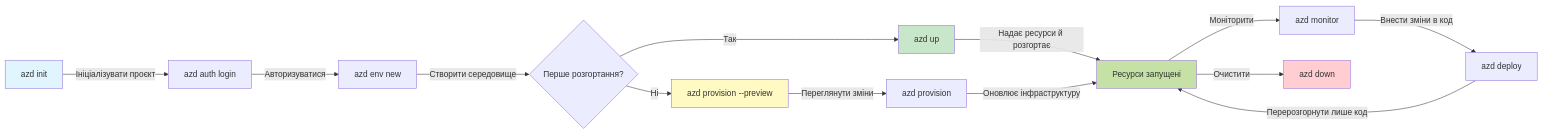
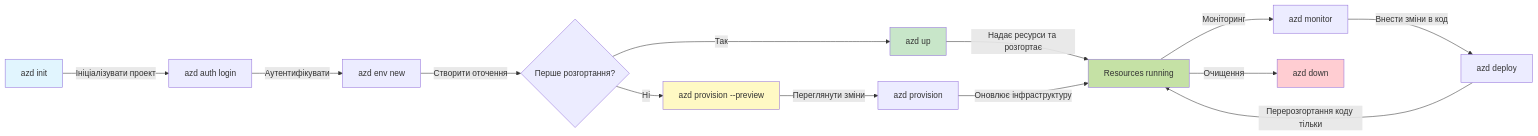
One commit to microsoft/AZD-for-beginners changed the first of 2 diagrams in translations/uk/docs/chapter-01-foundation/azd-basics.md. Above: the diagram before and after it, drawn with Mermaid. The commit also changed other lines of this file and 101 other files, not shown here.

````diff
--- a/translations/uk/docs/chapter-01-foundation/azd-basics.md
+++ b/translations/uk/docs/chapter-01-foundation/azd-basics.md
@@ -254,21 +269,21 @@
 ```mermaid
 graph LR
-    A[azd init] -->|Ініціалізувати проєкт| B[azd auth login]
-    B -->|Авторизуватися| C[azd env new]
-    C -->|Створити середовище| D{Перше розгортання?}
+    A[azd init] -->|Ініціалізувати проект| B[azd auth login]
+    B -->|Аутентифікувати| C[azd env new]
+    C -->|Створити оточення| D{Перше розгортання?}
     D -->|Так| E[azd up]
     D -->|Ні| F[azd provision --preview]
     F -->|Переглянути зміни| G[azd provision]
-    E -->|Надає ресурси й розгортає| H[Ресурси запущені]
+    E -->|Надає ресурси та розгортає| H[Resources running]
     G -->|Оновлює інфраструктуру| H
-    H -->|Моніторити| I[azd monitor]
+    H -->|Моніторинг| I[azd monitor]
     I -->|Внести зміни в код| J[azd deploy]
-    J -->|Перерозгорнути лише код| H
-    H -->|Очистити| K[azd down]
+    J -->|Перерозгортання коду тільки| H
+    H -->|Очищення| K[azd down]
     
     style A fill:#e1f5fe
     style E fill:#c8e6c9
     style F fill:#fff9c4
     style H fill:#c5e1a5
     style K fill:#ffcdd2
 ```
````
